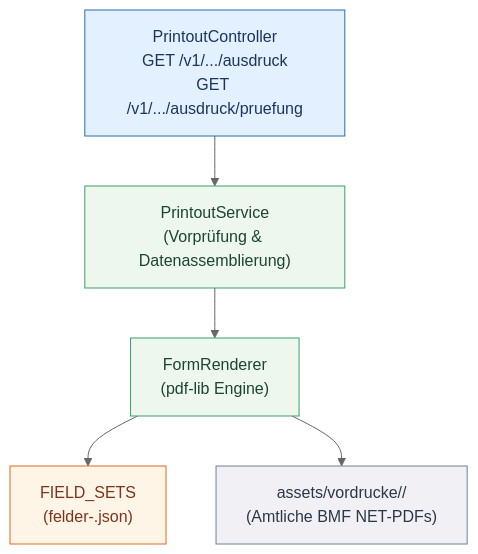
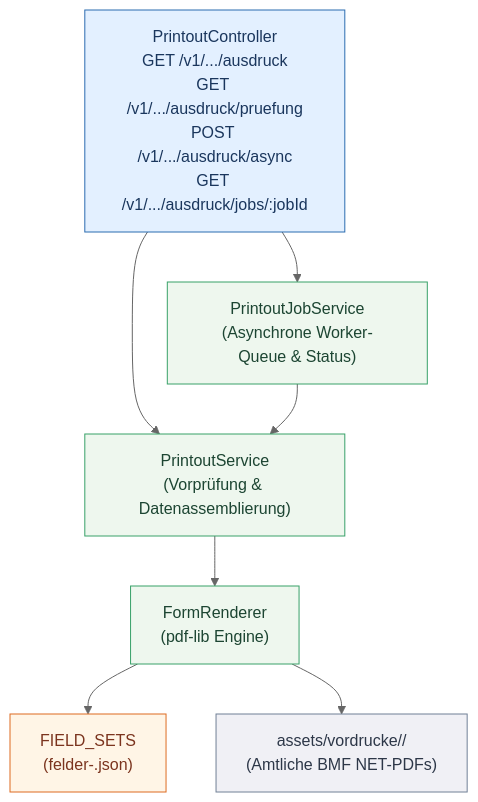
One commit to NexusHero/Steuereule changed the seventh of 10 diagrams in docs/architecture-subsystems.md. Above: the diagram before and after it, drawn with Mermaid (neutral theme). The commit also changed other lines of this file and 165 other files, not shown here.

````diff
--- a/docs/architecture-subsystems.md
+++ b/docs/architecture-subsystems.md
@@ -225,20 +225,23 @@
 ```mermaid
 flowchart TD
   classDef ctrl fill:#e3f0ff,stroke:#2b6cb0,color:#1a365d;
   classDef svc fill:#eef7ee,stroke:#38a169,color:#1c4532;
   classDef core fill:#fff5e6,stroke:#dd6b20,color:#7b341e;
   classDef db fill:#f0f0f5,stroke:#718096,color:#2d3748;
 
-  PrintoutCtrl["PrintoutController\nGET /v1/.../ausdruck\nGET /v1/.../ausdruck/pruefung"]:::ctrl
+  PrintoutCtrl["PrintoutController\nGET /v1/.../ausdruck\nGET /v1/.../ausdruck/pruefung\nPOST /v1/.../ausdruck/async\nGET /v1/.../ausdruck/jobs/:jobId"]:::ctrl
 
   PrintoutSvc["PrintoutService\n(Vorprüfung & Datenassemblierung)"]:::svc
+  PrintoutJobSvc["PrintoutJobService\n(Asynchrone Worker-Queue & Status)"]:::svc
 
   Renderer["FormRenderer\n(pdf-lib Engine)"]:::svc
   FieldSets["FIELD_SETS\n(felder-<jahr>.json)"]:::core
   Templates["assets/vordrucke/<jahr>/\n(Amtliche BMF NET-PDFs)"]:::db
 
   PrintoutCtrl --> PrintoutSvc
+  PrintoutCtrl --> PrintoutJobSvc
+  PrintoutJobSvc --> PrintoutSvc
   PrintoutSvc --> Renderer
   Renderer --> FieldSets
   Renderer --> Templates
 ```
````
